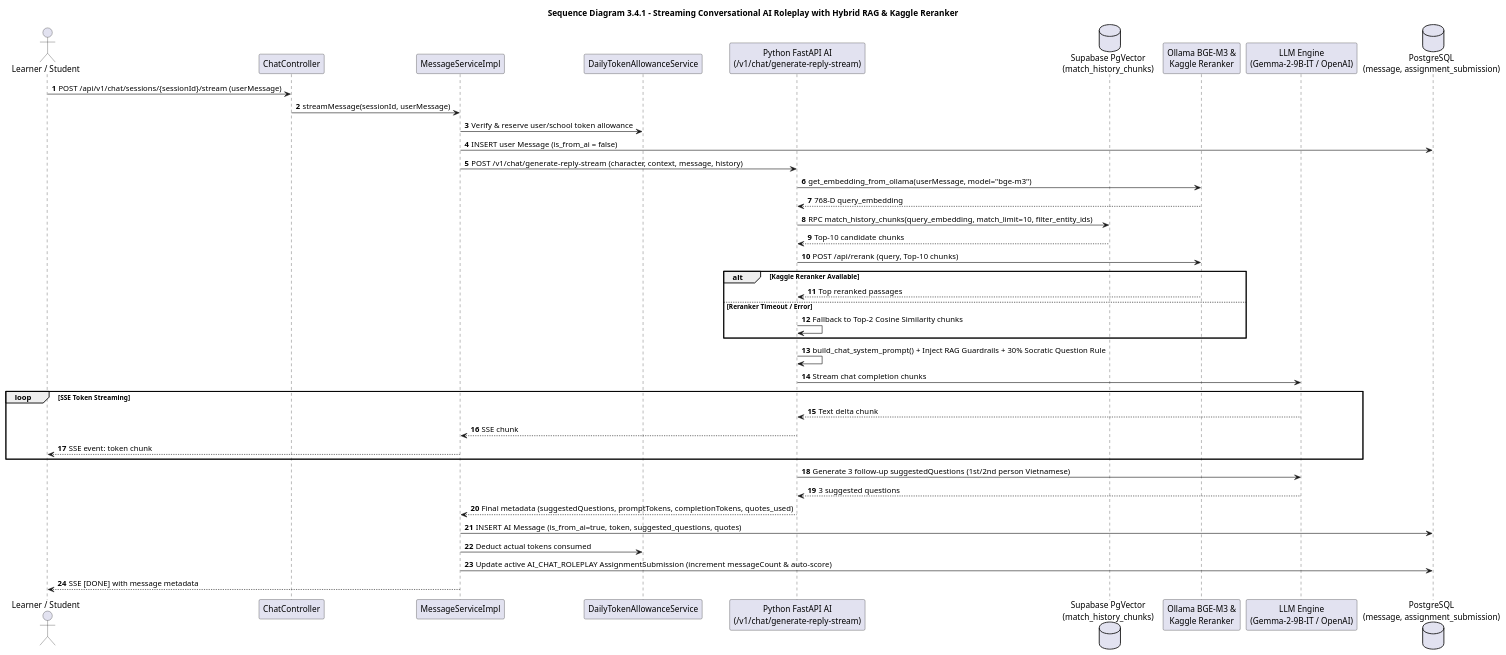
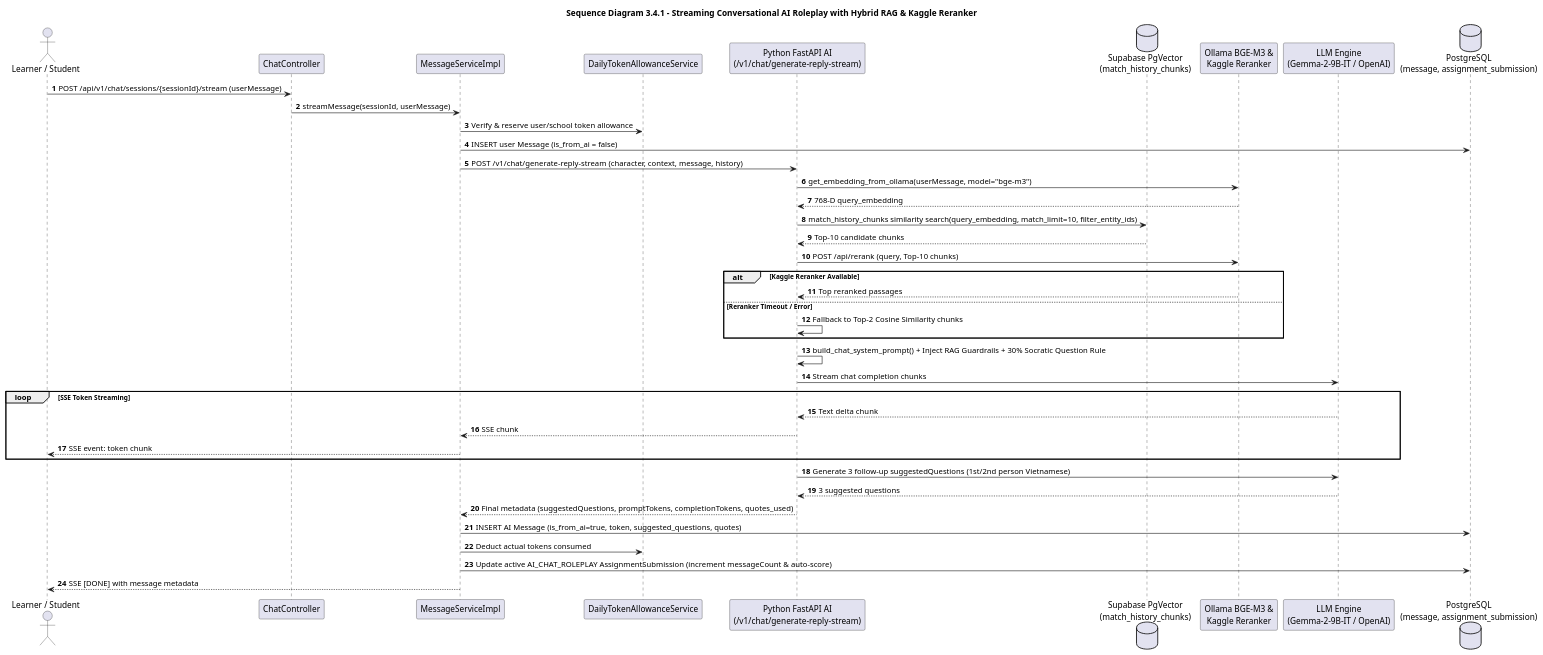
The diagram in docs/report4_sdd/uml/seq_07_ai_roleplay_chat_rag.puml (DinhTQSE/Capstone_FinalProject_HistoryTalk), drawn with PlantUML before and after one commit. The commit also changed 66 other files, not shown here.

Commit message:
refactor(docs): unify Report 4 SDD to Times New Roman, remove microservice/RBAC/Flyway counts, and align RACI with Report 2

```diff
--- a/docs/report4_sdd/uml/seq_07_ai_roleplay_chat_rag.puml
+++ b/docs/report4_sdd/uml/seq_07_ai_roleplay_chat_rag.puml
@@ -1,51 +1,51 @@
 @startuml
 scale max 2800 width
-skinparam defaultFontName Arial
+skinparam defaultFontName "Times New Roman"
 skinparam shadowing false
 autonumber
 
 title Sequence Diagram 3.4.1 - Streaming Conversational AI Roleplay with Hybrid RAG & Kaggle Reranker
 
 actor "Learner / Student" as User
 participant "ChatController" as Ctrl
 participant "MessageServiceImpl" as MsgSvc
 participant "DailyTokenAllowanceService" as QuotaSvc
 participant "Python FastAPI AI\n(/v1/chat/generate-reply-stream)" as FastAPI
 database "Supabase PgVector\n(match_history_chunks)" as VecDB
 participant "Ollama BGE-M3 &\nKaggle Reranker" as Rerank
 participant "LLM Engine\n(Gemma-2-9B-IT / OpenAI)" as LLM
 database "PostgreSQL\n(message, assignment_submission)" as DB
 
 User -> Ctrl : POST /api/v1/chat/sessions/{sessionId}/stream (userMessage)
 Ctrl -> MsgSvc : streamMessage(sessionId, userMessage)
 MsgSvc -> QuotaSvc : Verify & reserve user/school token allowance
 MsgSvc -> DB : INSERT user Message (is_from_ai = false)
 MsgSvc -> FastAPI : POST /v1/chat/generate-reply-stream (character, context, message, history)
 
 FastAPI -> Rerank : get_embedding_from_ollama(userMessage, model="bge-m3")
 Rerank --> FastAPI : 768-D query_embedding
-FastAPI -> VecDB : RPC match_history_chunks(query_embedding, match_limit=10, filter_entity_ids)
+FastAPI -> VecDB : match_history_chunks similarity search(query_embedding, match_limit=10, filter_entity_ids)
 VecDB --> FastAPI : Top-10 candidate chunks
 FastAPI -> Rerank : POST /api/rerank (query, Top-10 chunks)
 alt Kaggle Reranker Available
     Rerank --> FastAPI : Top reranked passages
 else Reranker Timeout / Error
     FastAPI -> FastAPI : Fallback to Top-2 Cosine Similarity chunks
 end
 
 FastAPI -> FastAPI : build_chat_system_prompt() + Inject RAG Guardrails + 30% Socratic Question Rule
 FastAPI -> LLM : Stream chat completion chunks
 loop SSE Token Streaming
     LLM --> FastAPI : Text delta chunk
     FastAPI --> MsgSvc : SSE chunk
     MsgSvc --> User : SSE event: token chunk
 end
 FastAPI -> LLM : Generate 3 follow-up suggestedQuestions (1st/2nd person Vietnamese)
 LLM --> FastAPI : 3 suggested questions
 FastAPI --> MsgSvc : Final metadata (suggestedQuestions, promptTokens, completionTokens, quotes_used)
 
 MsgSvc -> DB : INSERT AI Message (is_from_ai=true, token, suggested_questions, quotes)
 MsgSvc -> QuotaSvc : Deduct actual tokens consumed
 MsgSvc -> DB : Update active AI_CHAT_ROLEPLAY AssignmentSubmission (increment messageCount & auto-score)
 MsgSvc --> User : SSE [DONE] with message metadata
 @enduml
```
